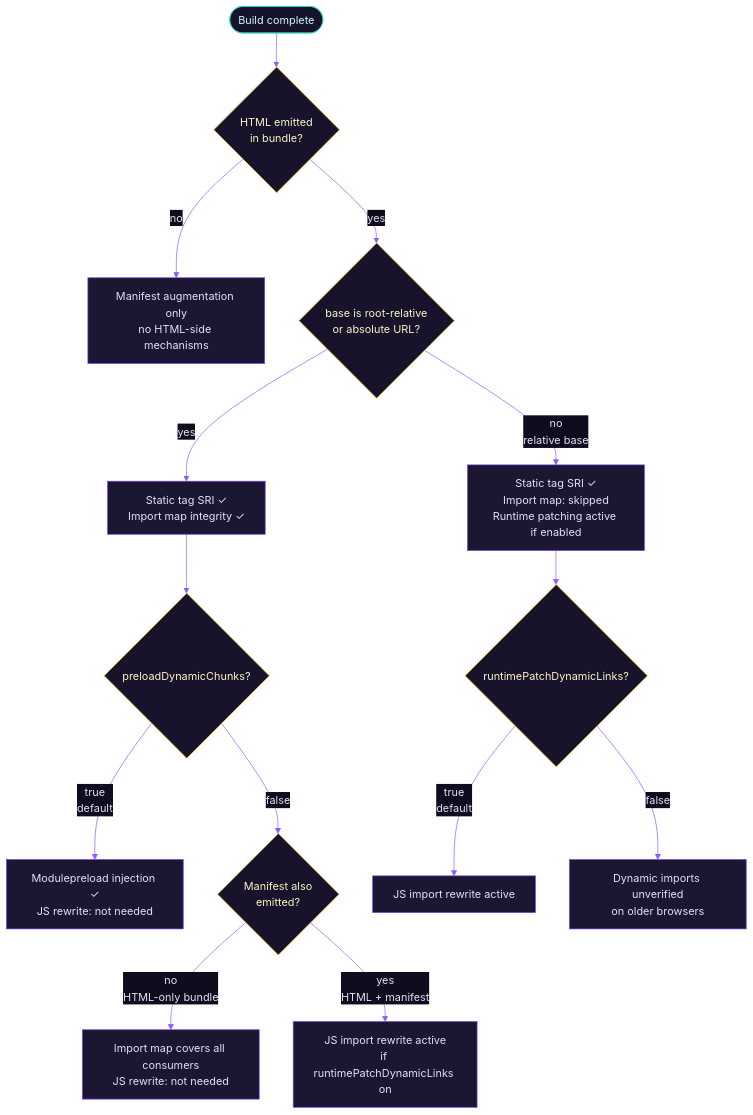
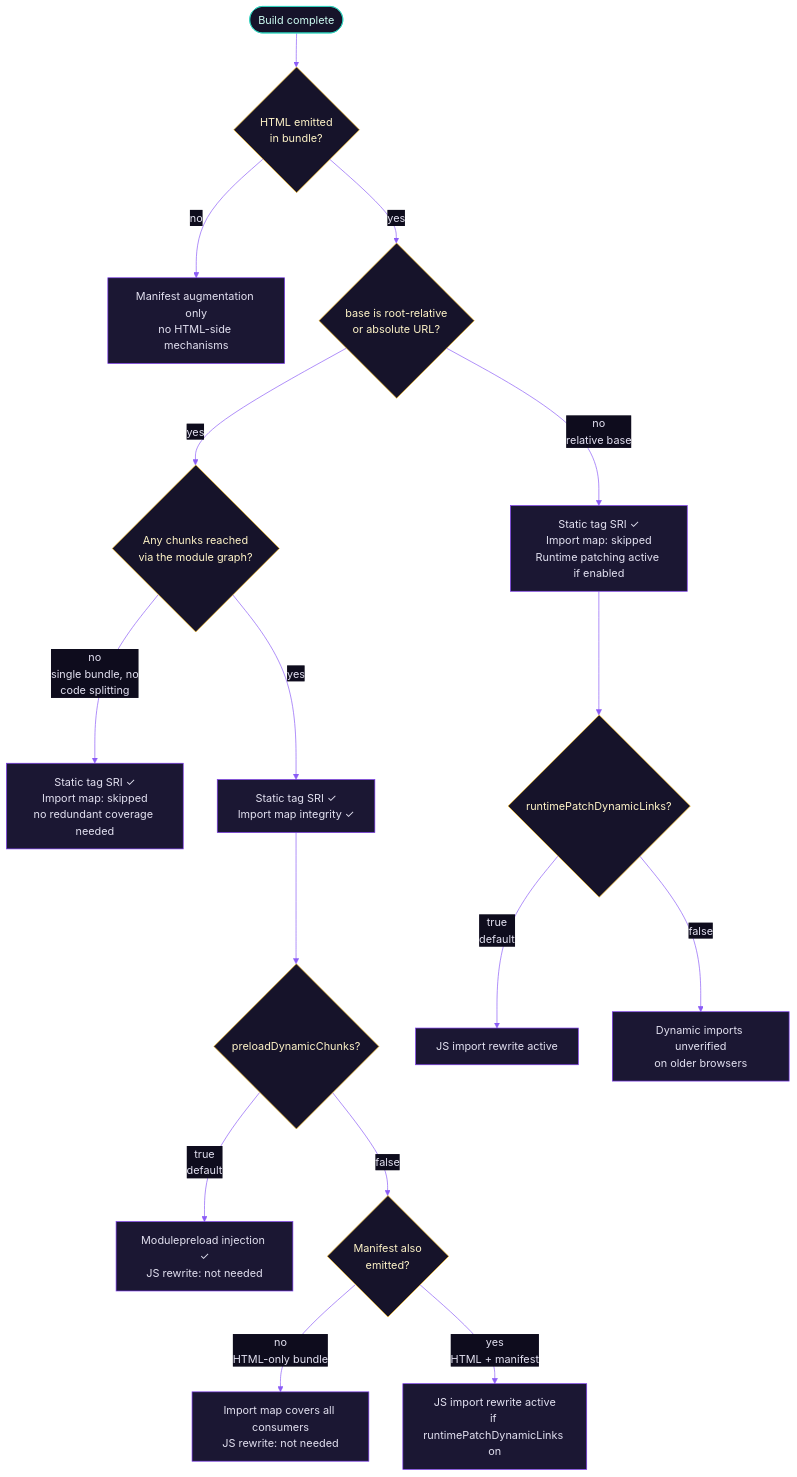
Before and after one commit to rbonestell/vite-plugin-sri-gen: the diagram in docs/learn/coverage-strategies.md, drawn with Mermaid. The commit also changed other lines of this file and 7 other files, not shown here.

First line of the commit message:
fix: skip redundant import map for tag-covered chunks (#41) (#42)

````diff
--- a/docs/learn/coverage-strategies.md
+++ b/docs/learn/coverage-strategies.md
@@ -85,22 +87,24 @@
 ```mermaid
 %%{init: {"theme":"base","themeVariables":{"fontFamily":"Inter, ui-sans-serif, system-ui, sans-serif","primaryColor":"#1b1733","primaryTextColor":"#e2e0f0","primaryBorderColor":"#7c3aed","lineColor":"#8b5cf6","textColor":"#b8b4d8","edgeLabelBackground":"#0e0c1d"}}}%%
 flowchart TD
     A([Build complete]) --> B{HTML emitted\nin bundle?}
     B -- no --> C[Manifest augmentation only\nno HTML-side mechanisms]
     B -- yes --> D{base is root-relative\nor absolute URL?}
     D -- no\nrelative base --> E[Static tag SRI ✓\nImport map: skipped\nRuntime patching active if enabled]
-    D -- yes --> F[Static tag SRI ✓\nImport map integrity ✓]
+    D -- yes --> O{Any chunks reached\nvia the module graph?}
+    O -- no\nsingle bundle, no\ncode splitting --> P[Static tag SRI ✓\nImport map: skipped\nno redundant coverage needed]
+    O -- yes --> F[Static tag SRI ✓\nImport map integrity ✓]
     F --> G{preloadDynamicChunks?}
     G -- true\ndefault --> H[Modulepreload injection ✓\nJS rewrite: not needed]
     G -- false --> I{Manifest also\nemitted?}
     I -- no\nHTML-only bundle --> J[Import map covers all consumers\nJS rewrite: not needed]
     I -- yes\nHTML + manifest --> K[JS import rewrite active\nif runtimePatchDynamicLinks on]
     E --> L{runtimePatchDynamicLinks?}
     L -- true\ndefault --> M[JS import rewrite active]
     L -- false --> N[Dynamic imports unverified\non older browsers]
 
     classDef terminal fill:#16132a,stroke:#2dd4bf,color:#ccfbf1
     classDef decision fill:#16132a,stroke:#fbbf24,color:#fef3c7
     class A terminal
-    class B,D,G,I,L decision
+    class B,D,G,I,L,O decision
 ```
````
